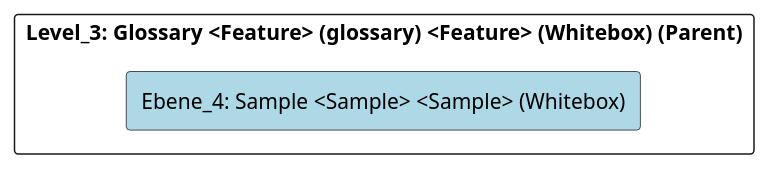
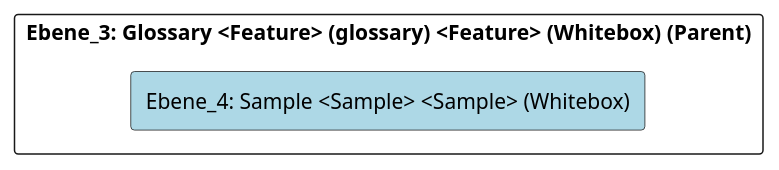
Before and after one commit to marcozwyssig/cleon: the diagram in doc/cleonproject_deliverables_architecture_model_architecture/adoc/de/05_bausteinsicht/cleon/common/glossary/sample/ebene_4_sample.adoc, drawn with PlantUML. The commit also changed other lines of this file and 620 other files, not shown here.

```diff
--- a/doc/cleonproject_deliverables_architecture_model_architecture/adoc/de/05_bausteinsicht/cleon/common/glossary/sample/ebene_4_sample.adoc
+++ b/doc/cleonproject_deliverables_architecture_model_architecture/adoc/de/05_bausteinsicht/cleon/common/glossary/sample/ebene_4_sample.adoc
@@ -20,24 +20,24 @@
 [plantuml, Ebene_4: Sample <Sample> <Sample> (Whitebox)BlockOverview, format="svg"]
 ----
 @startuml Ebene_4: Sample <Sample> <Sample> (Whitebox)BuildingBlockOverview
 
 skinparam ranksep 10
 skinparam componentStyle rectangle
 skinparam shadowing false
 skinparam arrowColor lightblue
 skinparam arrowThickness 1.2
 skinparam rectangle {
   BackgroundColor White
   BorderColor #333
   RoundCorner 10
 }
 top to bottom direction
 
-component "Level_3: Glossary <Feature> (glossary) <Feature> (Whitebox) (Parent)" {
+component "Ebene_3: Glossary <Feature> (glossary) <Feature> (Whitebox) (Parent)" {
     component "Ebene_4: Sample <Sample> <Sample> (Whitebox)" #lightblue {
     }
 
 }
 
 @enduml
 ----
```
